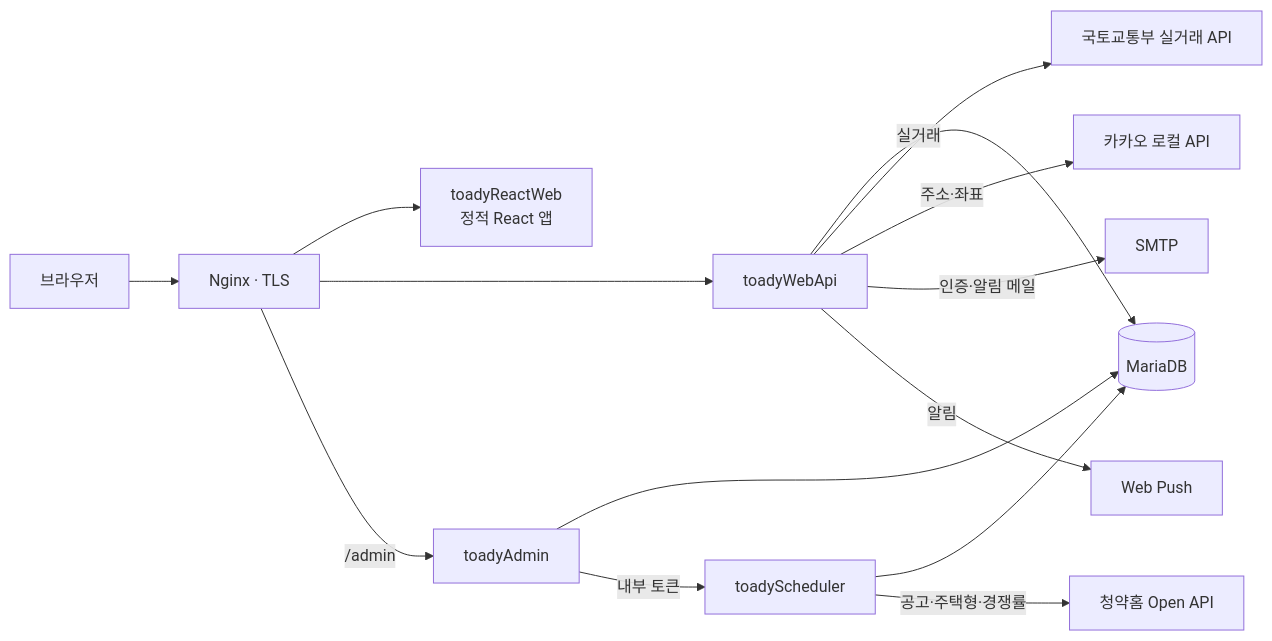
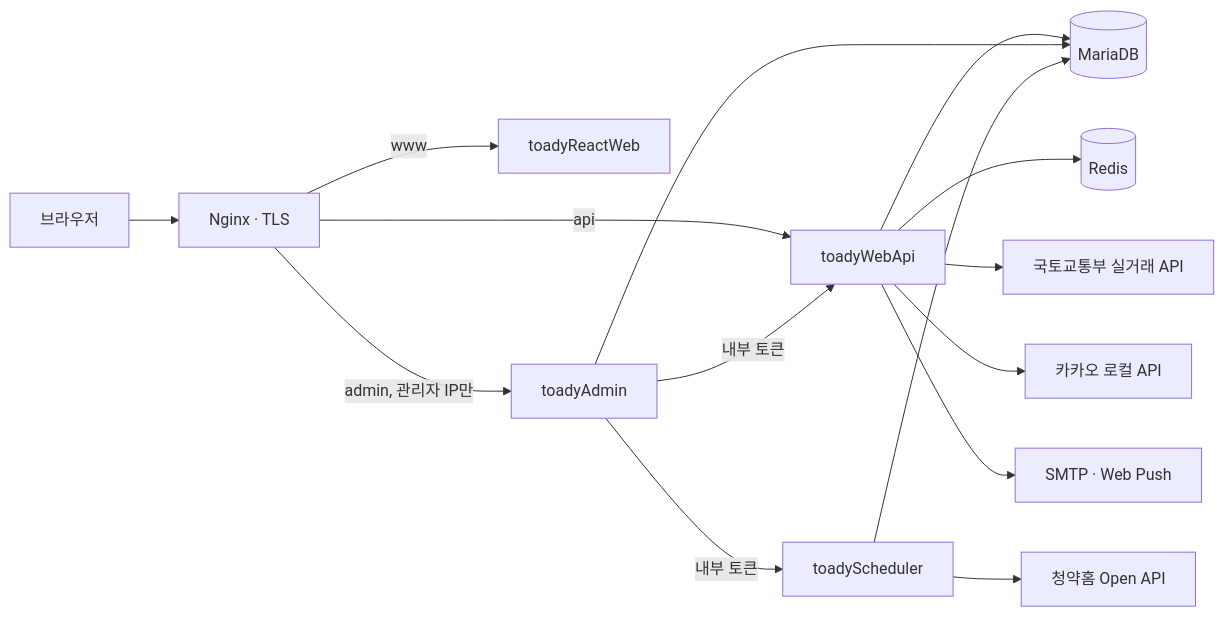
Before and after one commit to hyunyoul1004/toady: the first of 2 diagrams in README.md, drawn with Mermaid. The commit also changed other lines of this file and 4 other files, not shown here.

````diff
--- a/README.md
+++ b/README.md
@@ -44,16 +41,17 @@
 ```mermaid
 flowchart LR
     User[브라우저] --> Nginx[Nginx · TLS]
-    Nginx --> Web[toadyReactWeb<br/>정적 React 앱]
-    Nginx --> API[toadyWebApi]
-    Nginx -->|/admin| Admin[toadyAdmin]
+    Nginx -->|www| Web[toadyReactWeb]
+    Nginx -->|api| API[toadyWebApi]
+    Nginx -->|admin, 관리자 IP만| Admin[toadyAdmin]
     API --> DB[(MariaDB)]
+    API --> Redis[(Redis)]
     Admin --> DB
-    Admin -->|내부 토큰| Scheduler
-    Scheduler[toadyScheduler] --> DB
-    Scheduler -->|공고·주택형·경쟁률| Applyhome[청약홈 Open API]
-    API -->|실거래| Molit[국토교통부 실거래 API]
-    API -->|주소·좌표| Kakao[카카오 로컬 API]
-    API -->|인증·알림 메일| Mail[SMTP]
-    API -->|알림| Push[Web Push]
+    Admin -->|내부 토큰| Scheduler[toadyScheduler]
+    Admin -->|내부 토큰| API
+    Scheduler --> DB
+    Scheduler --> Applyhome[청약홈 Open API]
+    API --> Molit[국토교통부 실거래 API]
+    API --> Kakao[카카오 로컬 API]
+    API --> Mail[SMTP · Web Push]
 ```
````
